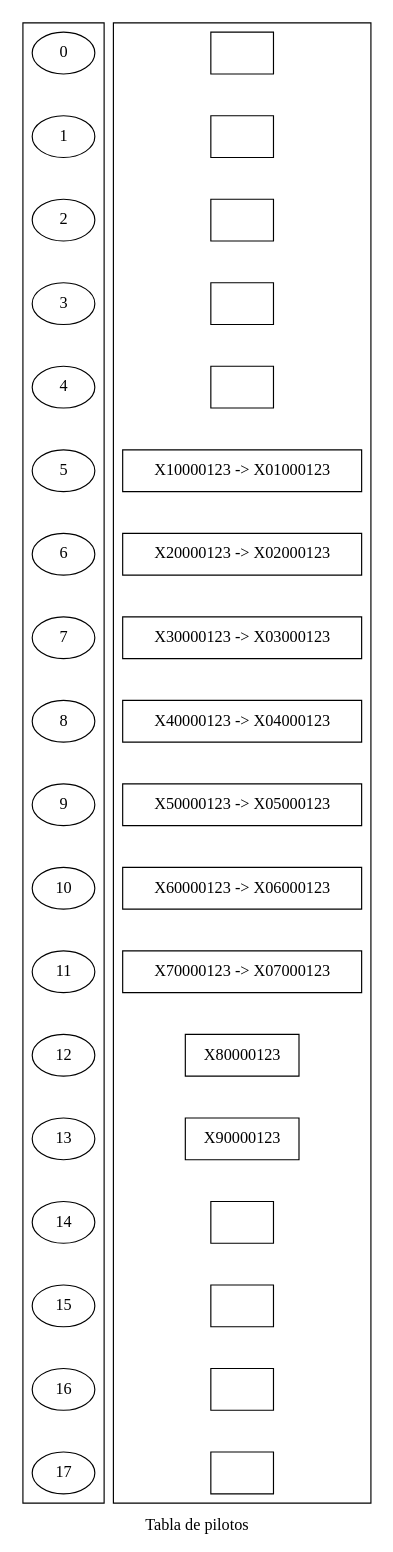
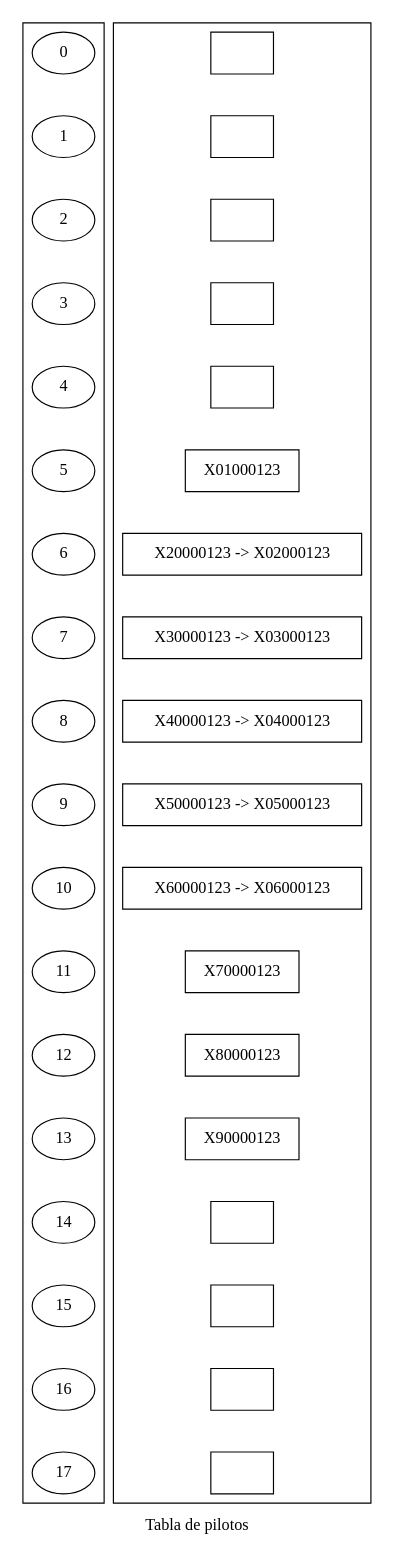
The diagram in dot/tablaPilotos.dot (MarvinCastellanos/201700490_EDD_Proyecto), drawn with Graphviz before and after one commit. The commit also changed 17 other files, not shown here.

```diff
--- a/dot/tablaPilotos.dot
+++ b/dot/tablaPilotos.dot
@@ -1,30 +1,30 @@
 digraph G {
   label="Tabla de pilotos";
 
 subgraph cluster_0{
 label="";0->1->2->3->4->5->6->7->8->9->10->11->12->13->14->15->16->17[style=invis];
 }
 
 subgraph cluster_1{
 label="";L0->L1->L2->L3->L4->L5->L6->L7->L8->L9->L10->L11->L12->L13->L14->L15->L16->L17[style= invis];
 }
 
 L0[label="" shape=box];
 L1[label="" shape=box];
 L2[label="" shape=box];
 L3[label="" shape=box];
 L4[label="" shape=box];
-L5[label="X10000123 -> X01000123" shape=box];
+L5[label="X01000123" shape=box];
 L6[label="X20000123 -> X02000123" shape=box];
 L7[label="X30000123 -> X03000123" shape=box];
 L8[label="X40000123 -> X04000123" shape=box];
 L9[label="X50000123 -> X05000123" shape=box];
 L10[label="X60000123 -> X06000123" shape=box];
-L11[label="X70000123 -> X07000123" shape=box];
+L11[label="X70000123" shape=box];
 L12[label="X80000123" shape=box];
 L13[label="X90000123" shape=box];
 L14[label="" shape=box];
 L15[label="" shape=box];
 L16[label="" shape=box];
 L17[label="" shape=box];
 }
```
